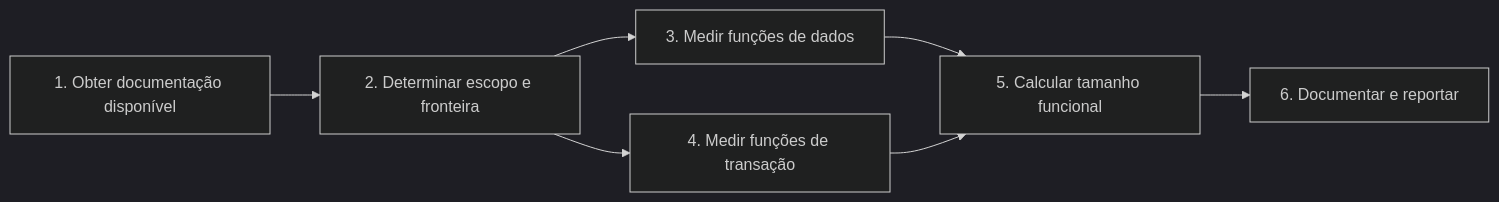
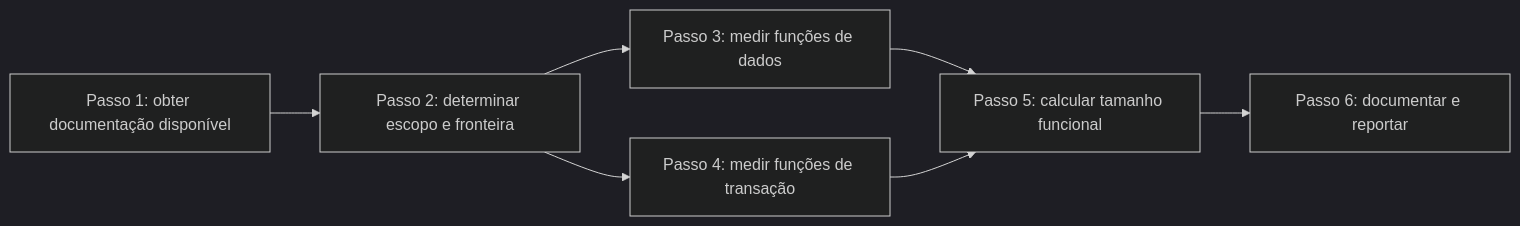
Before and after one commit to NishiyaKN/obsidian: the second of 4 diagrams in 000 USCS/QDS/2. Metricas.md, drawn with Mermaid (dark theme). The commit also changed other lines of this file and 20 other files, not shown here.

````diff
--- a/000 USCS/QDS/2. Metricas.md
+++ b/000 USCS/QDS/2. Metricas.md
@@ -227,9 +233,9 @@
 ```mermaid
 flowchart LR
-    A["1. Obter documentação disponível"] --> B["2. Determinar escopo e fronteira"]
-    B --> C["3. Medir funções de dados"]
-    B --> D["4. Medir funções de transação"]
-    C --> E["5. Calcular tamanho funcional"]
+    A["Passo 1: obter documentação disponível"] --> B["Passo 2: determinar escopo e fronteira"]
+    B --> C["Passo 3: medir funções de dados"]
+    B --> D["Passo 4: medir funções de transação"]
+    C --> E["Passo 5: calcular tamanho funcional"]
     D --> E
-    E --> F["6. Documentar e reportar"]
+    E --> F["Passo 6: documentar e reportar"]
 ```
````
